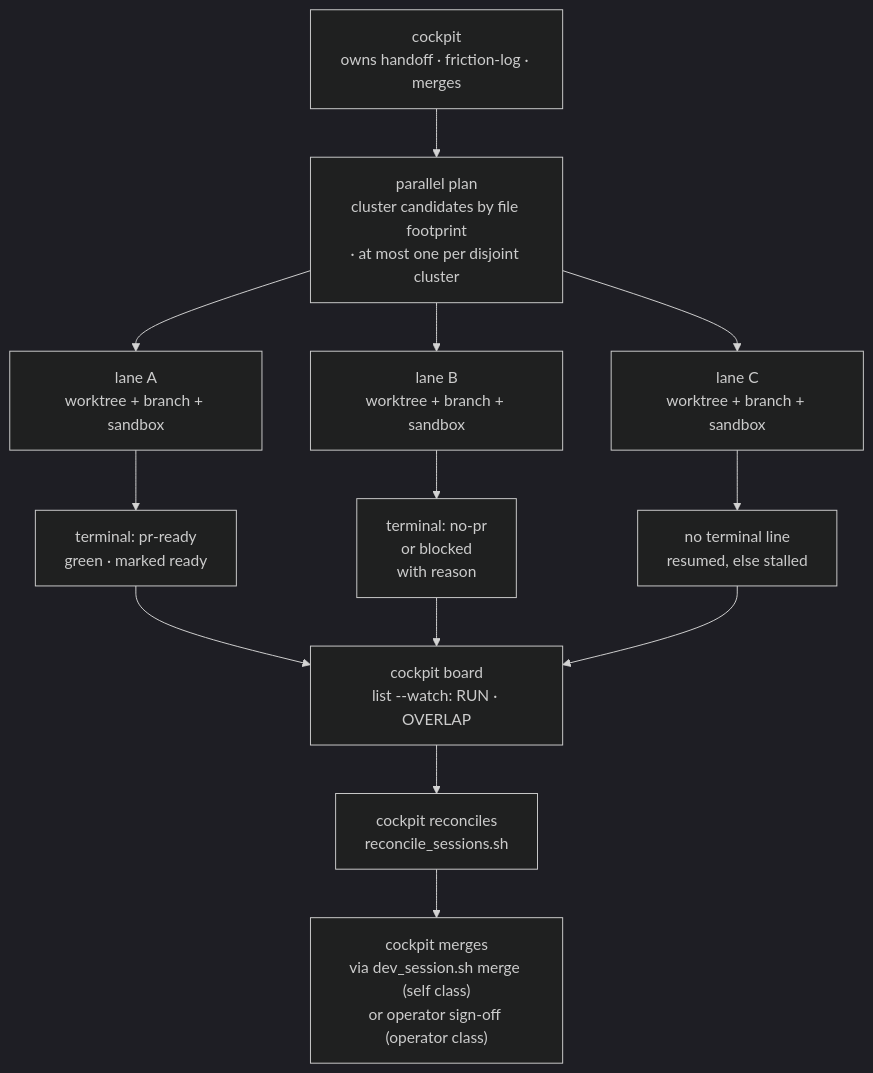
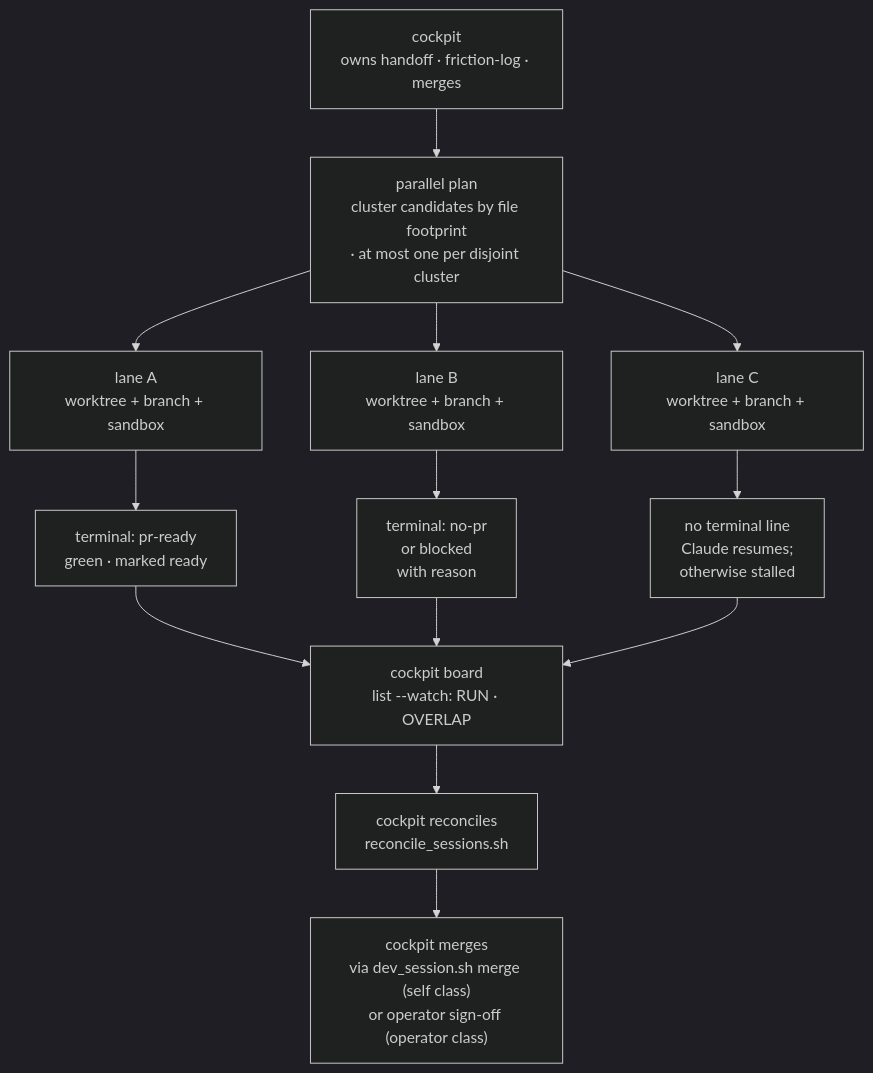
The diagram in docs/parallel-dev.md (topij/agentic-dev-kit), drawn with Mermaid (dark theme) before and after one commit. The commit also changed other lines of this file and 4 other files, not shown here.

````diff
--- a/docs/parallel-dev.md
+++ b/docs/parallel-dev.md
@@ -52,15 +52,15 @@
 ```mermaid
 flowchart TD
     CP["cockpit<br/>owns handoff · friction-log · merges"] --> Plan["parallel plan<br/>cluster candidates by file footprint<br/>· at most one per disjoint cluster"]
     Plan --> L1["lane A<br/>worktree + branch + sandbox"]
     Plan --> L2["lane B<br/>worktree + branch + sandbox"]
     Plan --> L3["lane C<br/>worktree + branch + sandbox"]
     L1 --> D1["terminal: pr-ready<br/>green · marked ready"]
     L2 --> D2["terminal: no-pr<br/>or blocked<br/>with reason"]
-    L3 --> D3["no terminal line<br/>resumed, else stalled"]
+    L3 --> D3["no terminal line<br/>Claude resumes;<br/>otherwise stalled"]
     D1 --> B["cockpit board<br/>list --watch: RUN · OVERLAP"]
     D2 --> B
     D3 --> B
     B --> R["cockpit reconciles<br/>reconcile_sessions.sh"]
     R --> M["cockpit merges<br/>via dev_session.sh merge (self class)<br/>or operator sign-off (operator class)"]
 ```
````
